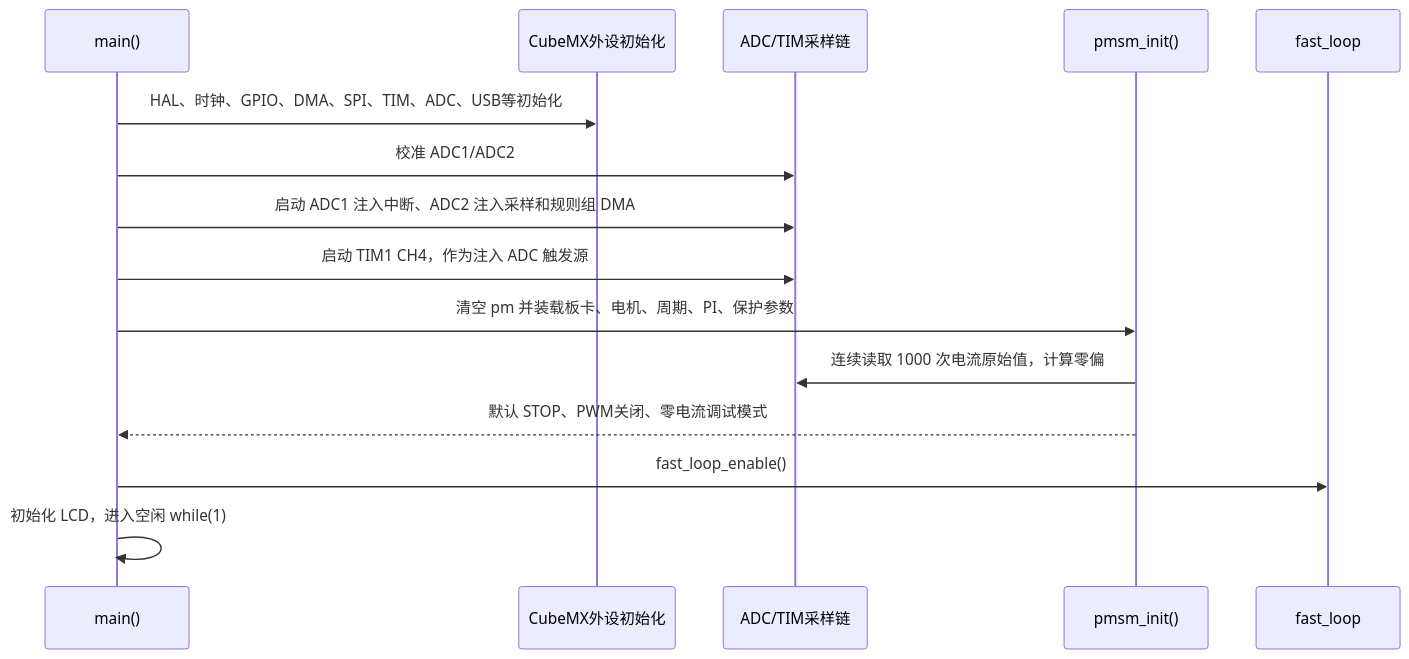
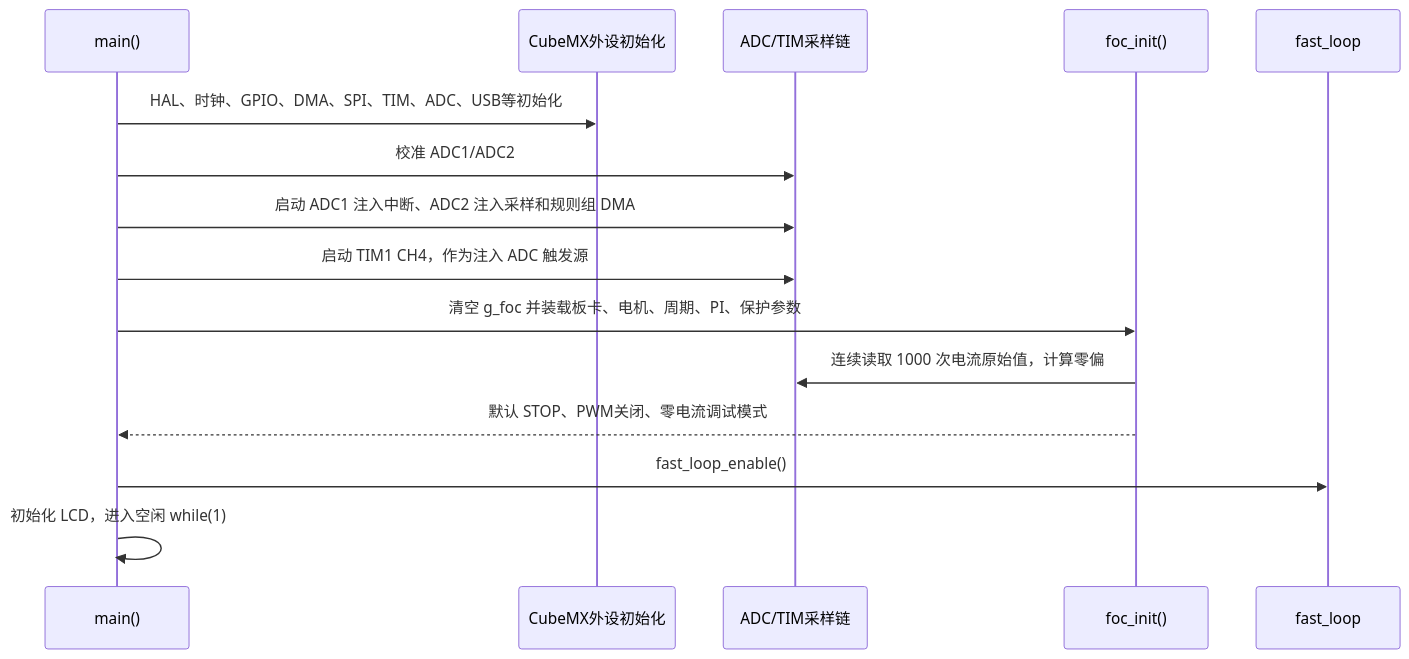
Before and after one commit to HHHyuan111/AxDr_L: the second of 8 diagrams in 文档/架构重构/08_完整代码框架状态机与算法详解.md, drawn with Mermaid. The commit also changed other lines of this file and 56 other files, not shown here.

````diff
--- a/文档/架构重构/08_完整代码框架状态机与算法详解.md
+++ b/文档/架构重构/08_完整代码框架状态机与算法详解.md
@@ -126,18 +127,18 @@
 ```mermaid
 sequenceDiagram
     participant Main as main()
     participant Cube as CubeMX外设初始化
     participant ADC as ADC/TIM采样链
-    participant Motor as pmsm_init()
+    participant Motor as foc_init()
     participant Fast as fast_loop
 
     Main->>Cube: HAL、时钟、GPIO、DMA、SPI、TIM、ADC、USB等初始化
     Main->>ADC: 校准 ADC1/ADC2
     Main->>ADC: 启动 ADC1 注入中断、ADC2 注入采样和规则组 DMA
     Main->>ADC: 启动 TIM1 CH4，作为注入 ADC 触发源
-    Main->>Motor: 清空 pm 并装载板卡、电机、周期、PI、保护参数
+    Main->>Motor: 清空 g_foc 并装载板卡、电机、周期、PI、保护参数
     Motor->>ADC: 连续读取 1000 次电流原始值，计算零偏
     Motor-->>Main: 默认 STOP、PWM关闭、零电流调试模式
     Main->>Fast: fast_loop_enable()
     Main->>Main: 初始化 LCD，进入空闲 while(1)
 ```
````
